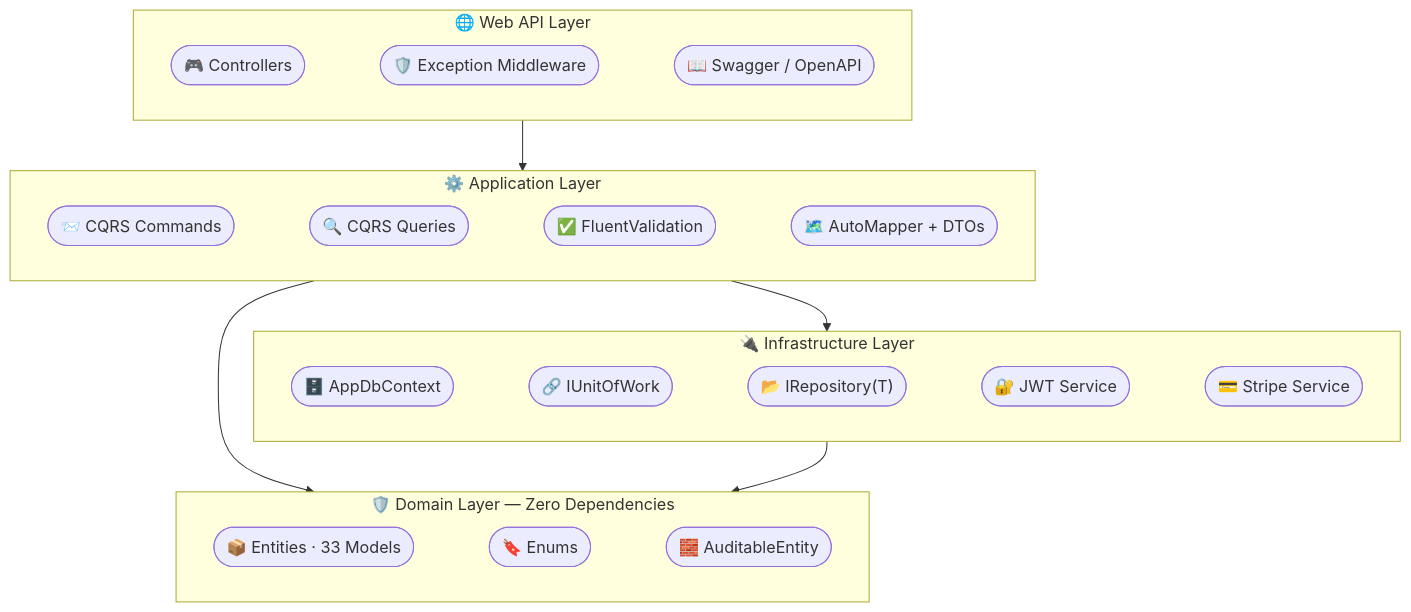
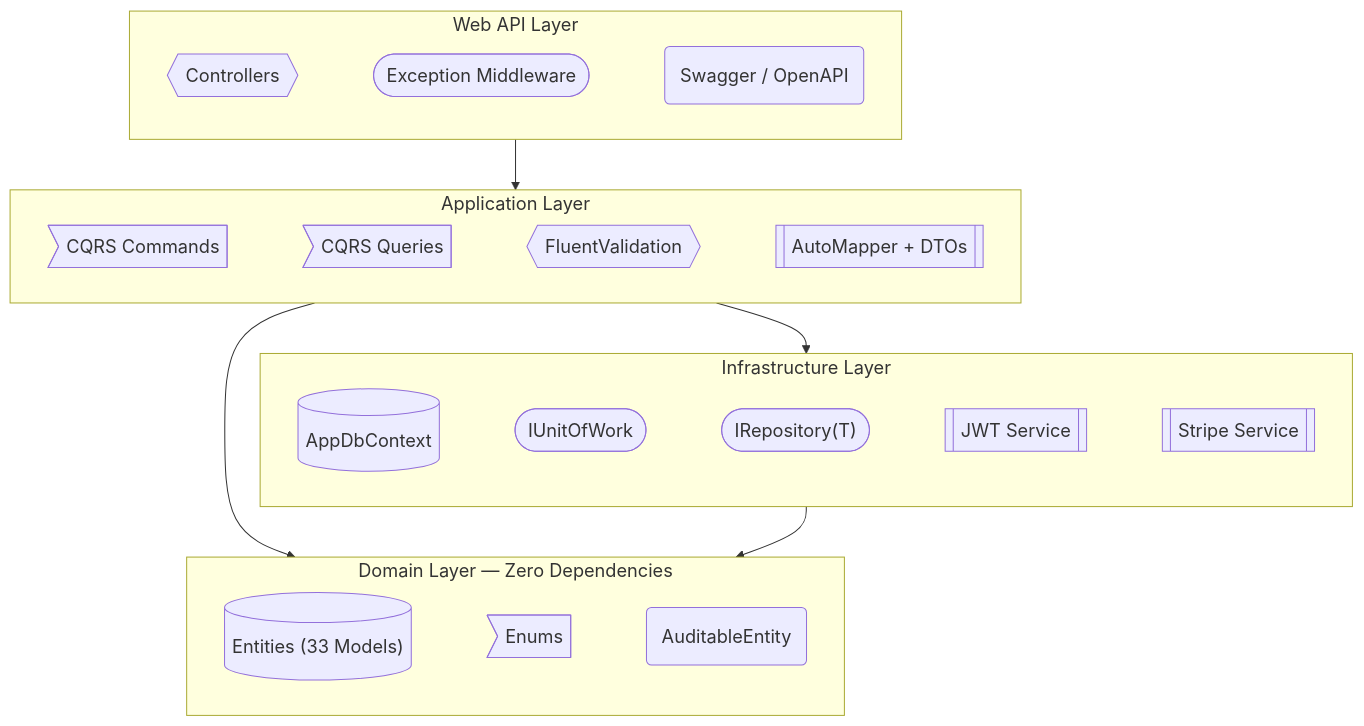
One commit to noureddineosama/OnlineTravelBookingAPP changed the first of 8 diagrams in README.md. Above: the diagram before and after it, drawn with Mermaid.

Commit message:
Docs: Enhance architecture diagram with distinct shapes, larger text, and removed emojis

````diff
--- a/README.md
+++ b/README.md
@@ -46,28 +46,28 @@
 ```mermaid
-%%{init: {'theme': 'default', 'themeVariables': {'fontSize': '16px'}}}%%
+%%{init: {'theme': 'default', 'themeVariables': {'fontSize': '18px', 'fontFamily': 'arial'}}}%%
 graph TD
-    subgraph WEB["🌐  Web API Layer"]
+    subgraph WEB["Web API Layer"]
         direction LR
-        CTRL(["     🎮  Controllers     "]) ~~~ MIDW(["     🛡️  Exception Middleware     "]) ~~~ DOCS(["     📖  Swagger / OpenAPI     "])
+        CTRL{{"     Controllers     "}} ~~~ MIDW(["     Exception Middleware     "]) ~~~ DOCS("     Swagger / OpenAPI     ")
     end
 
-    subgraph APP["⚙️  Application Layer"]
+    subgraph APP["Application Layer"]
         direction LR
-        CMD(["     📨  CQRS Commands     "]) ~~~ QRY(["     🔍  CQRS Queries     "]) ~~~ VAL(["     ✅  FluentValidation     "]) ~~~ MAP(["     🗺️  AutoMapper + DTOs     "])
+        CMD>     CQRS Commands     ] ~~~ QRY>     CQRS Queries     ] ~~~ VAL{{"     FluentValidation     "}} ~~~ MAP[["     AutoMapper + DTOs     "]]
     end
 
-    subgraph INF["🔌  Infrastructure Layer"]
+    subgraph INF["Infrastructure Layer"]
         direction LR
-        DB(["     🗄️  AppDbContext     "]) ~~~ UOW(["     🔗  IUnitOfWork     "]) ~~~ REPO(["     📂  IRepository(T)     "]) ~~~ JWT(["     🔐  JWT Service     "]) ~~~ STR(["     💳  Stripe Service     "])
+        DB[("     AppDbContext     ")] ~~~ UOW(["     IUnitOfWork     "]) ~~~ REPO(["     IRepository(T)     "]) ~~~ JWT[["     JWT Service     "]] ~~~ STR[["     Stripe Service     "]]
     end
 
-    subgraph DOM["🛡️  Domain Layer — Zero Dependencies"]
+    subgraph DOM["Domain Layer — Zero Dependencies"]
         direction LR
-        ENT(["     📦  Entities · 33 Models     "]) ~~~ ENM(["     🔖  Enums     "]) ~~~ BASE(["     🧱  AuditableEntity     "])
+        ENT[("     Entities (33 Models)     ")] ~~~ ENM>"     Enums     "] ~~~ BASE("     AuditableEntity     ")
     end
 
     WEB --> APP
     APP --> INF
     APP --> DOM
     INF --> DOM
 ```
````
